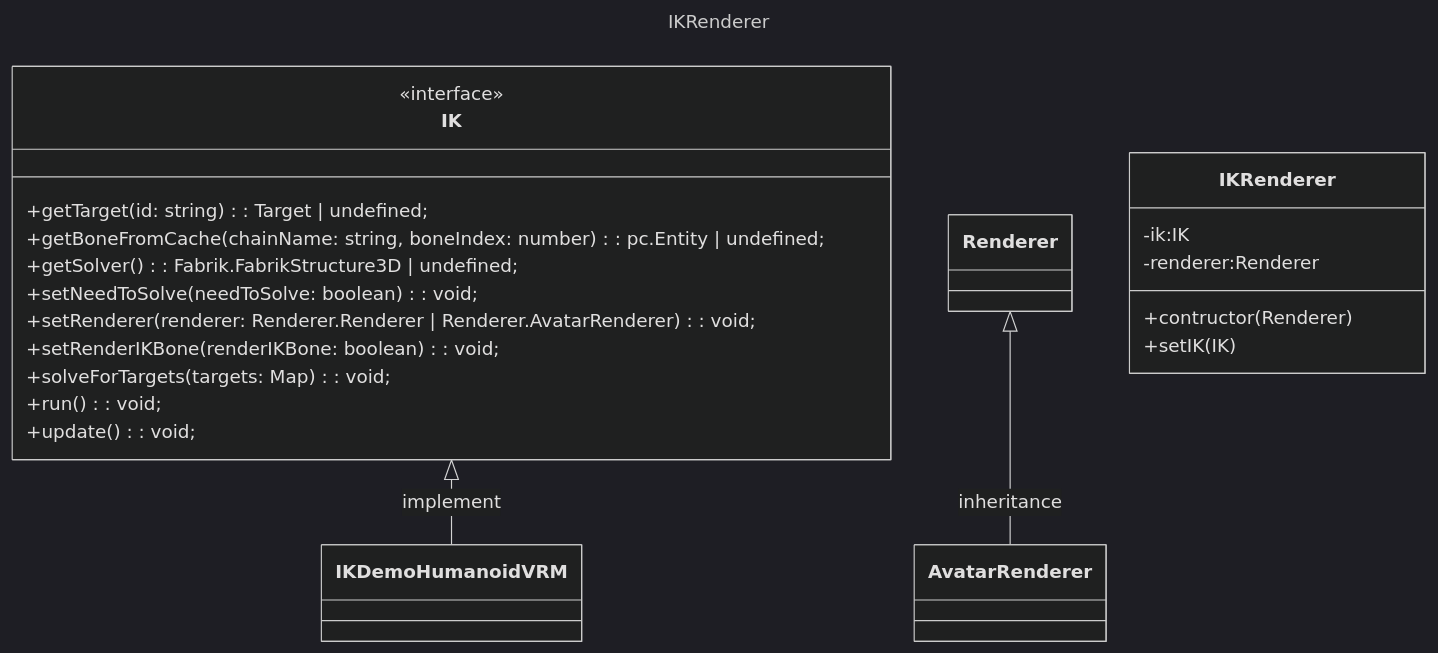
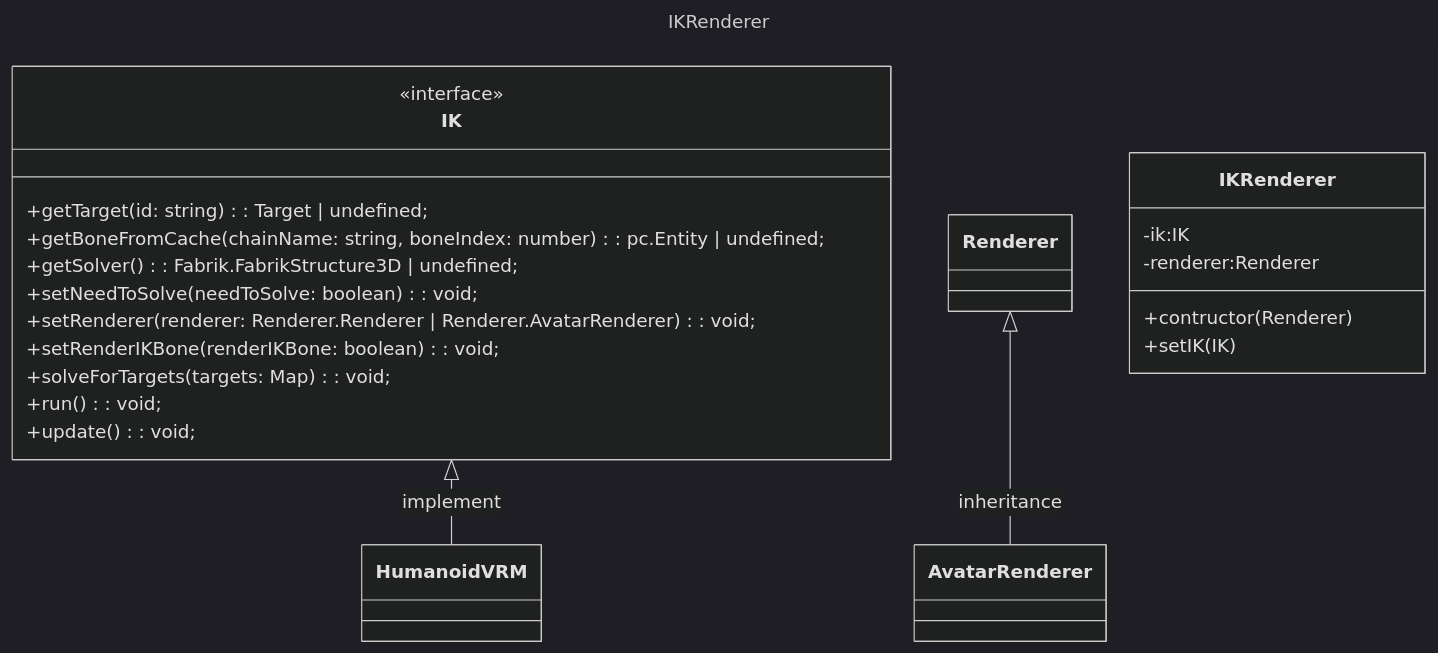
One commit to ViveportSoftware/fabrik-playcanvas changed the diagram in README.md. Above: the diagram before and after it, drawn with Mermaid (dark theme). The commit also changed other lines of this file and 30 other files, not shown here.

````diff
--- a/README.md
+++ b/README.md
@@ -7,36 +17,36 @@
 ```mermaid
 ---
 title: IKRenderer
 ---
 classDiagram
     class IK {
       <<interface>>
       +getTarget(id: string): Target | undefined;
       +getBoneFromCache(chainName: string, boneIndex: number): pc.Entity | undefined;
       +getSolver(): Fabrik.FabrikStructure3D | undefined;
       +setNeedToSolve(needToSolve: boolean): void;
       +setRenderer(renderer: Renderer.Renderer | Renderer.AvatarRenderer): void;
       +setRenderIKBone(renderIKBone: boolean): void;
       +solveForTargets(targets: Map<string, Fabrik.Vec3>): void;
       +run(): void;
       +update(): void;
     }
 
-    IK <|-- IKDemoHumanoidVRM: implement
+    IK <|-- HumanoidVRM: implement
 
     class Renderer {
 
     }
 
     Renderer <|-- AvatarRenderer: inheritance
 
     class IKRenderer {
       -ik:IK
       -renderer:Renderer
       +contructor(Renderer)
       +setIK(IK)
     }
 
 
 
 ```
````
